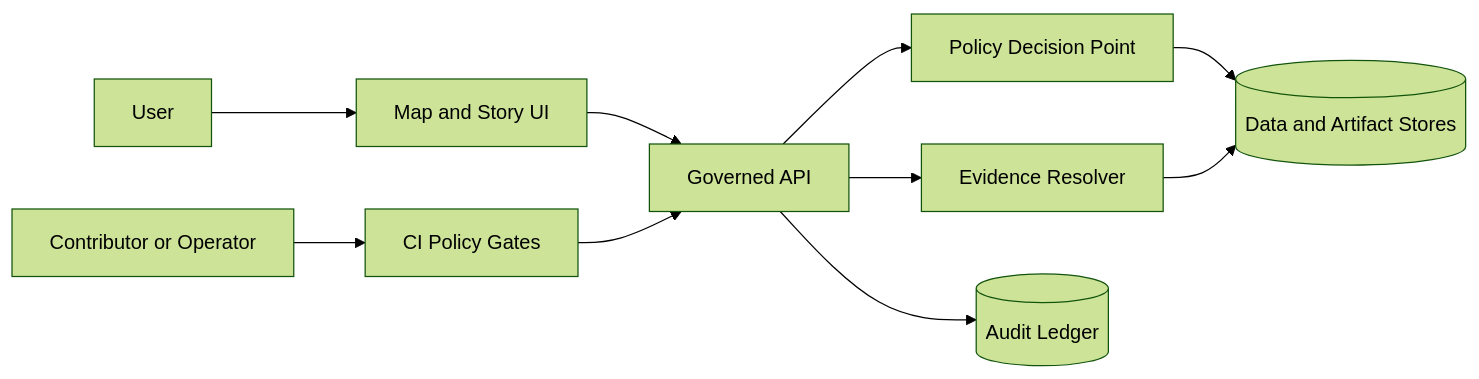
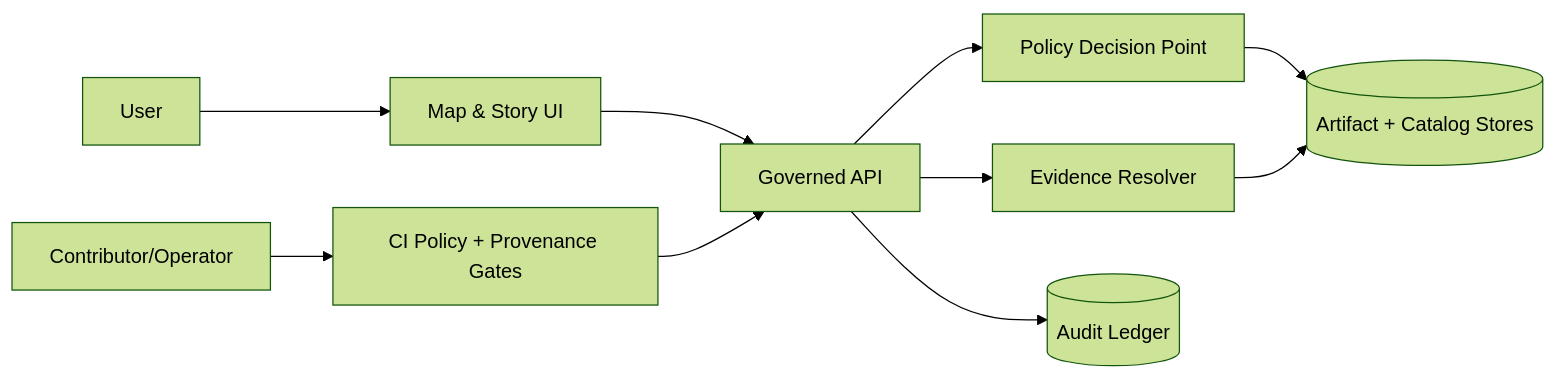
Before and after one commit to bartytime4life/Kansas-Frontier-Matrix: the diagram in SECURITY.md, drawn with Mermaid (forest theme). The commit also changed other lines of this file, not shown here.

````diff
--- a/SECURITY.md
+++ b/SECURITY.md
@@ -115,12 +195,12 @@
 ```mermaid
 flowchart LR
-  User[User] --> UI[Map and Story UI]
+  U[User] --> UI[Map & Story UI]
   UI --> API[Governed API]
   API --> PDP[Policy Decision Point]
   API --> ER[Evidence Resolver]
-  PDP --> Store[(Data and Artifact Stores)]
+  PDP --> Store[(Artifact + Catalog Stores)]
   ER --> Store
   API --> Audit[(Audit Ledger)]
-  Dev[Contributor or Operator] --> CI[CI Policy Gates]
+  Dev[Contributor/Operator] --> CI[CI Policy + Provenance Gates]
   CI --> API
 ```
````
